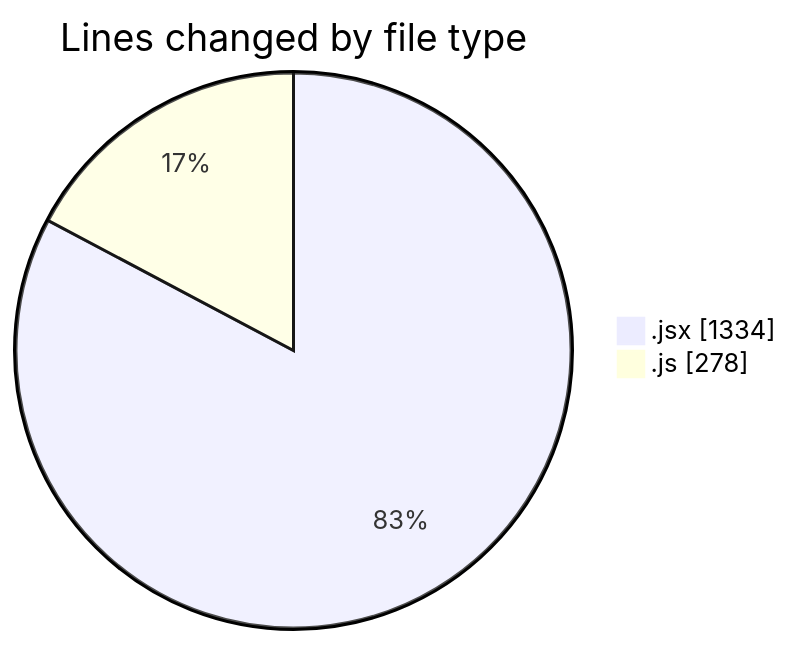
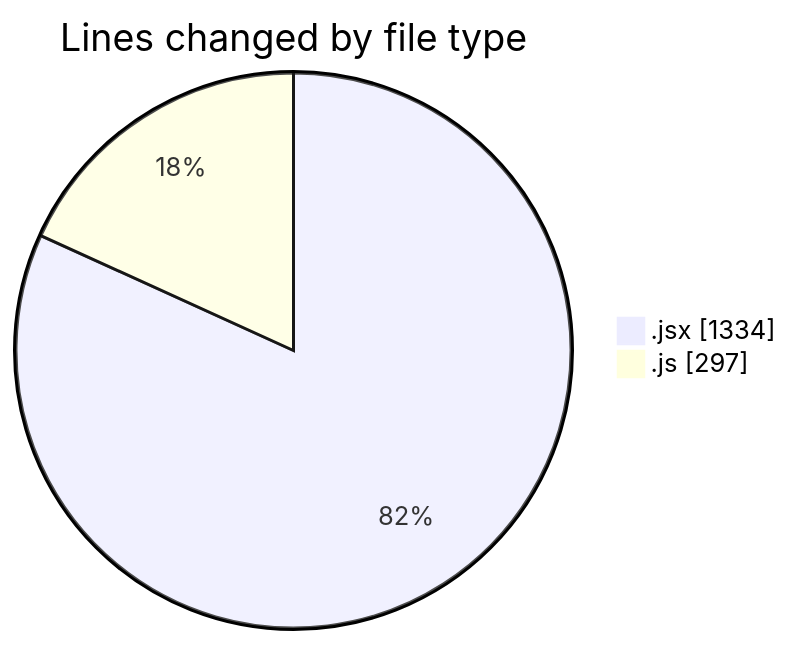
The first of 2 diagrams in 2025-11-17/argos/README.md (nxtqubesakshisongat/code-tracking), drawn with Mermaid before and after one commit. The commit also changed other lines of this file and 1 other file, not shown here.

````diff
--- a/2025-11-17/argos/README.md
+++ b/2025-11-17/argos/README.md
@@ -21,6 +21,6 @@
 ```mermaid
 pie showData
 title Lines changed by file type
 ".jsx" : 1334
-".js" : 278
+".js" : 297
 ```
````
